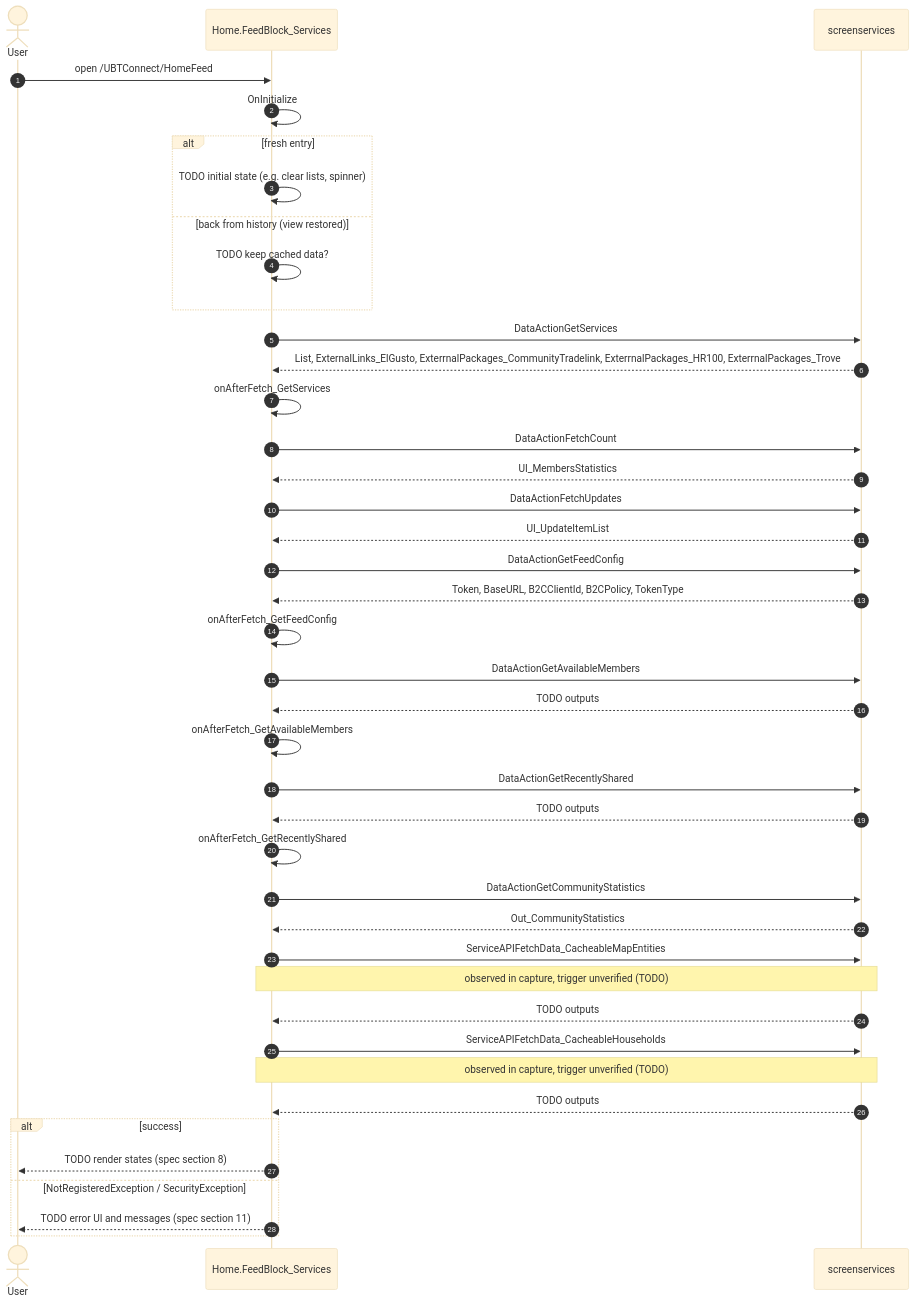
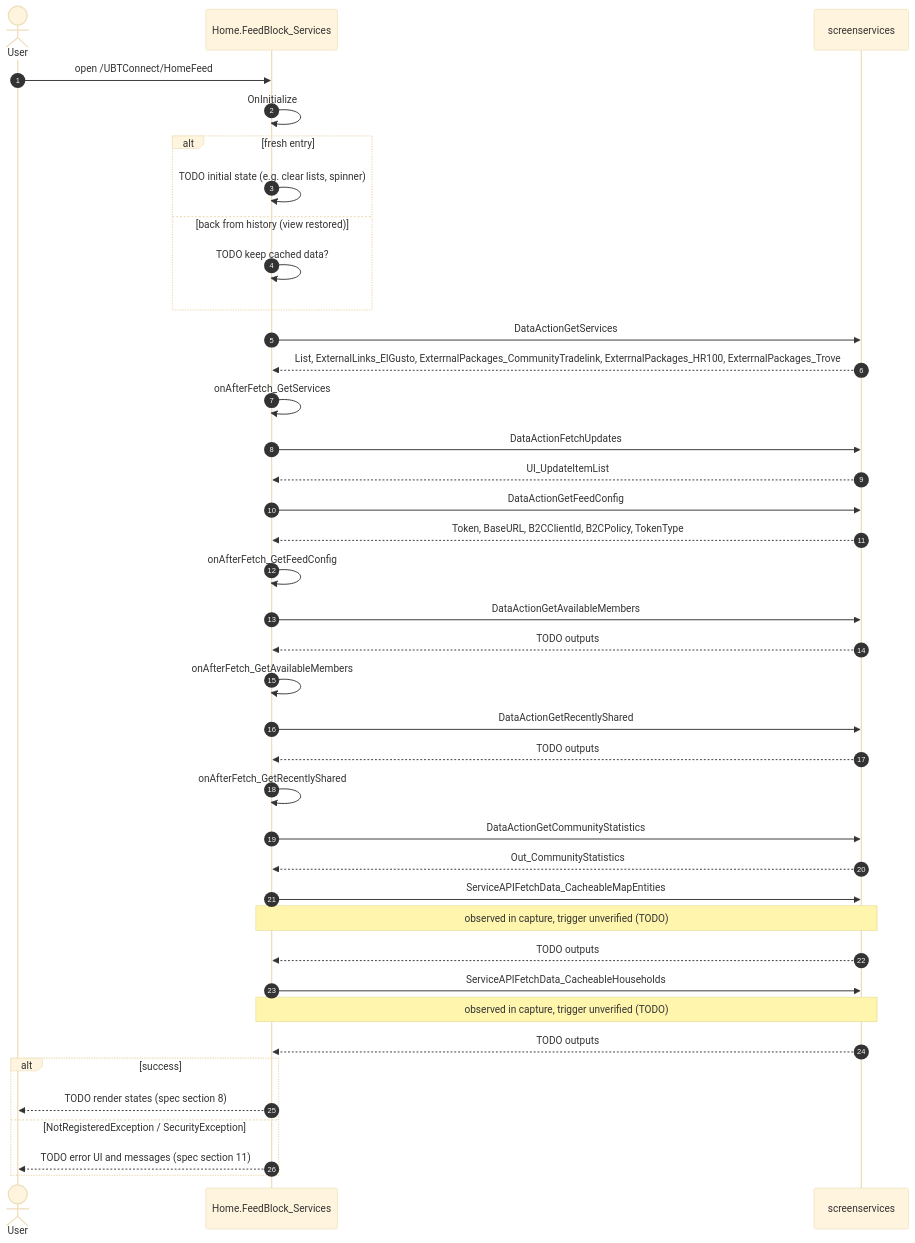
One commit to Phoenix-DX/connect-new-ui changed the second of 7 diagrams in migration/screens/HomeFeed/analysis/diagrams.md. Above: the diagram before and after it, drawn with Mermaid (base theme). The commit also changed other lines of this file and 1243 other files, not shown here.

````diff
--- a/migration/screens/HomeFeed/analysis/diagrams.md
+++ b/migration/screens/HomeFeed/analysis/diagrams.md
@@ -100,44 +98,42 @@
 ```mermaid
 %% DRAFT generated by analyze_capture.py. Fill every TODO from the handlers in sources/pretty.
 sequenceDiagram
   autonumber
   actor U as User
   participant S as Home.FeedBlock_Services
   participant API as screenservices
   U->>S: open /UBTConnect/HomeFeed
   S->>S: OnInitialize
   alt fresh entry
     S->>S: TODO initial state (e.g. clear lists, spinner)
   else back from history (view restored)
     S->>S: TODO keep cached data?
   end
   S->>API: DataActionGetServices
   API-->>S: List, ExternalLinks_ElGusto, ExterrnalPackages_CommunityTradelink, ExterrnalPackages_HR100, ExterrnalPackages_Trove
   S->>S: onAfterFetch_GetServices
-  S->>API: DataActionFetchCount
-  API-->>S: UI_MembersStatistics
   S->>API: DataActionFetchUpdates
   API-->>S: UI_UpdateItemList
   S->>API: DataActionGetFeedConfig
   API-->>S: Token, BaseURL, B2CClientId, B2CPolicy, TokenType
   S->>S: onAfterFetch_GetFeedConfig
   S->>API: DataActionGetAvailableMembers
   API-->>S: TODO outputs
   S->>S: onAfterFetch_GetAvailableMembers
   S->>API: DataActionGetRecentlyShared
   API-->>S: TODO outputs
   S->>S: onAfterFetch_GetRecentlyShared
   S->>API: DataActionGetCommunityStatistics
   API-->>S: Out_CommunityStatistics
   S->>API: ServiceAPIFetchData_CacheableMapEntities
   Note over S,API: observed in capture, trigger unverified (TODO)
   API-->>S: TODO outputs
   S->>API: ServiceAPIFetchData_CacheableHouseholds
   Note over S,API: observed in capture, trigger unverified (TODO)
   API-->>S: TODO outputs
   alt success
     S-->>U: TODO render states (spec section 8)
   else NotRegisteredException / SecurityException
     S-->>U: TODO error UI and messages (spec section 11)
   end
 ```
````
